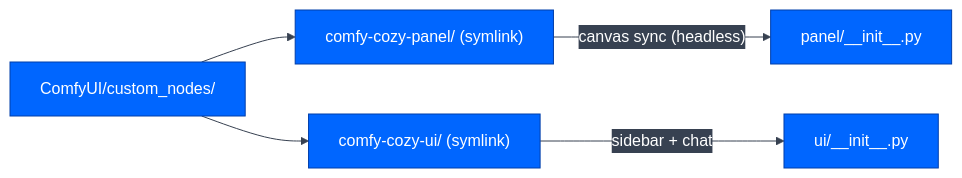
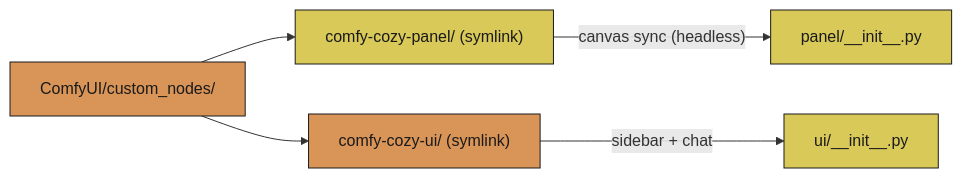
The third of 27 diagrams in README.md (JosephOIbrahim/Comfy-Cozy), drawn with Mermaid before and after one commit. The commit also changed other lines of this file and 38 other files, not shown here.

````diff
--- a/README.md
+++ b/README.md
@@ -194,8 +201,12 @@
 ```mermaid
-%%{init: {'theme':'base','themeVariables': {'primaryColor':'#0066FF','primaryTextColor':'#ffffff','primaryBorderColor':'#003eaa','lineColor':'#374151','secondaryColor':'#374151','tertiaryColor':'#1f2937','fontFamily':'monospace'}}}%%
 graph LR
     CN["ComfyUI/custom_nodes/"] --> P["comfy-cozy-panel/ (symlink)"]
     CN --> U["comfy-cozy-ui/ (symlink)"]
     P -->|"canvas sync (headless)"| Panel["panel/__init__.py"]
     U -->|"sidebar + chat"| UI["ui/__init__.py"]
+
+    classDef orange fill:#d99458,color:#1a1a1a,stroke:#1a1a1a
+    classDef yellow fill:#d9c958,color:#1a1a1a,stroke:#1a1a1a
+    class CN,U orange
+    class P,sync,Panel,UI yellow
 ```
````
